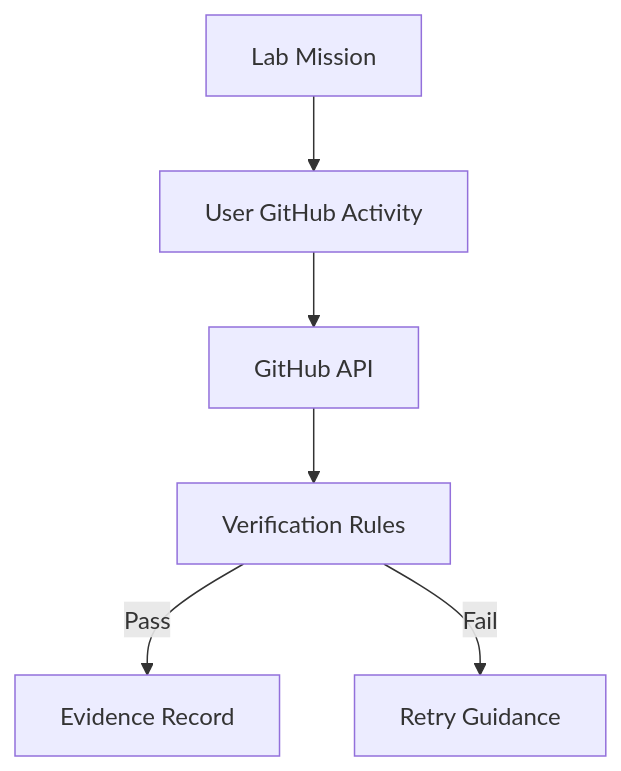
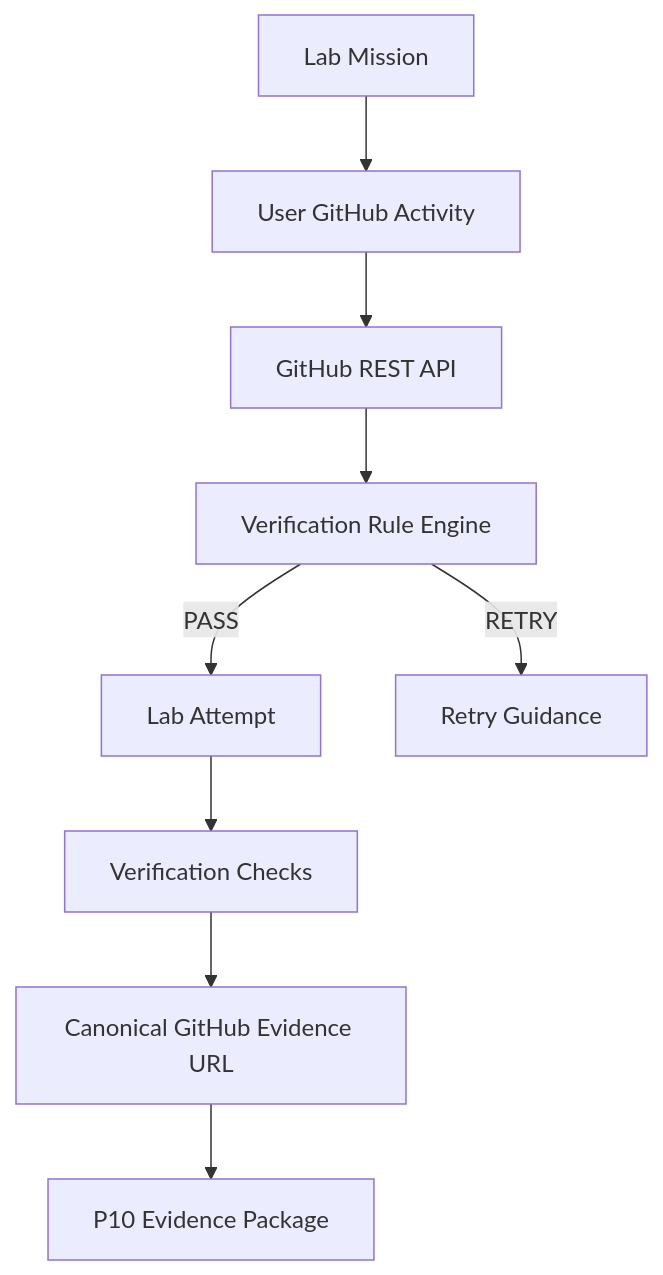
The diagram in docs/architecture/070-github-integration.md (MetaStudy999/github-certification-learning-system-web), drawn with Mermaid before and after one commit. The commit also changed other lines of this file and 21 other files, not shown here.

First line of the commit message:
feat: implement P9 GitHub lab verification

````diff
--- a/docs/architecture/070-github-integration.md
+++ b/docs/architecture/070-github-integration.md
@@ -34,8 +66,11 @@
 ```mermaid
 flowchart TD
     L[Lab Mission] --> U[User GitHub Activity]
-    U --> API[GitHub API]
-    API --> V[Verification Rules]
-    V -->|Pass| E[Evidence Record]
-    V -->|Fail| R[Retry Guidance]
+    U --> API[GitHub REST API]
+    API --> V[Verification Rule Engine]
+    V -->|PASS| A[Lab Attempt]
+    V -->|RETRY| R[Retry Guidance]
+    A --> C[Verification Checks]
+    C --> E[Canonical GitHub Evidence URL]
+    E --> P10[P10 Evidence Package]
 ```
````
